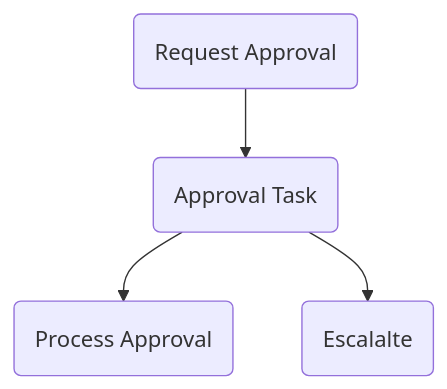
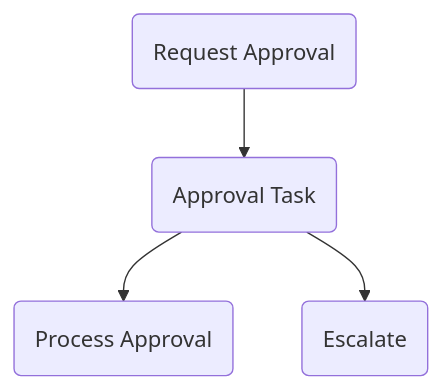
The third of 3 diagrams in Functions/DurableFunctions/README.md (gopalakrishnaPala/az204), drawn with Mermaid before and after one commit. The commit also changed other lines of this file, not shown here.

````diff
--- a/Functions/DurableFunctions/README.md
+++ b/Functions/DurableFunctions/README.md
@@ -60,6 +60,6 @@
     ```mermaid
     graph TD;
         F1(Request Approval) --> T1(Approval Task)
         T1(Approval Task) --> F2(Process Approval)
-        T1(Approval Task) --> F3(Escalalte)    
+        T1(Approval Task) --> F3(Escalate)    
     ```
````
